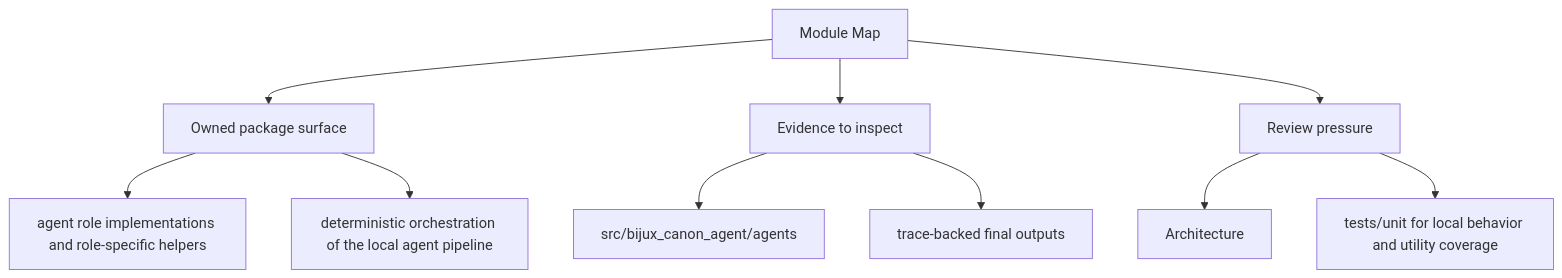
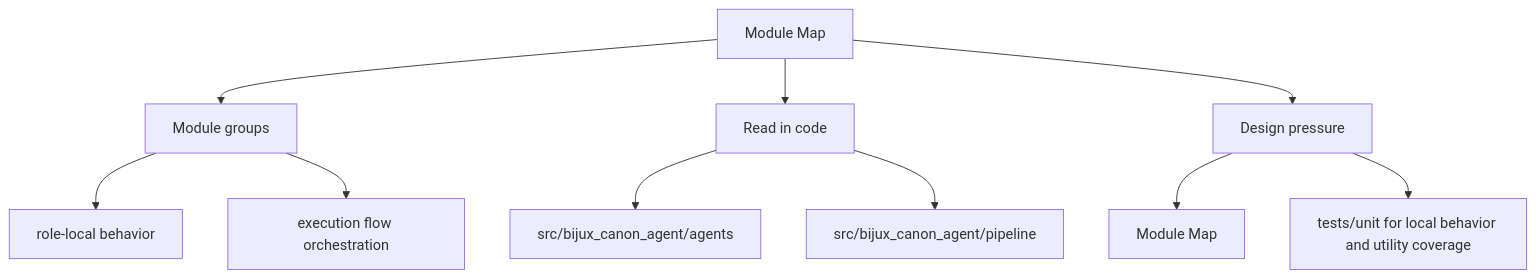
One commit to bijux/bijux-canon changed the second of 2 diagrams in docs/bijux-canon-agent/architecture/module-map.md. Above: the diagram before and after it, drawn with Mermaid. The commit also changed other lines of this file and 250 other files, not shown here.

Commit message:
docs(diagrams): make product page maps more readable

````diff
--- a/docs/bijux-canon-agent/architecture/module-map.md
+++ b/docs/bijux-canon-agent/architecture/module-map.md
@@ -35,22 +35,22 @@
 ```mermaid
 flowchart TD
     page["Module Map"]
-    focus1["Owned package surface"]
+    focus1["Module groups"]
     page --> focus1
-    focus1_1["agent role implementations and role-specific helpers"]
+    focus1_1["role-local behavior"]
     focus1 --> focus1_1
-    focus1_2["deterministic orchestration of the local agent pipeline"]
+    focus1_2["execution flow orchestration"]
     focus1 --> focus1_2
-    focus2["Evidence to inspect"]
+    focus2["Read in code"]
     page --> focus2
     focus2_1["src/bijux_canon_agent/agents"]
     focus2 --> focus2_1
-    focus2_2["trace-backed final outputs"]
+    focus2_2["src/bijux_canon_agent/pipeline"]
     focus2 --> focus2_2
-    focus3["Review pressure"]
+    focus3["Design pressure"]
     page --> focus3
-    focus3_1["Architecture"]
+    focus3_1["Module Map"]
     focus3 --> focus3_1
     focus3_2["tests/unit for local behavior and utility coverage"]
     focus3 --> focus3_2
 ```
````
